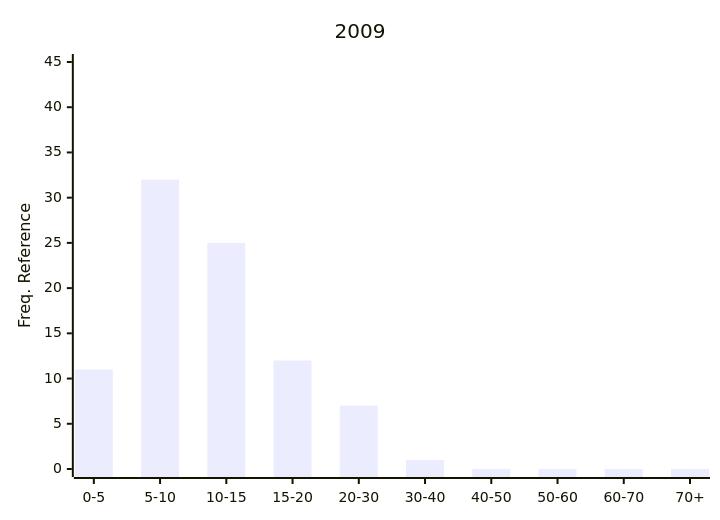
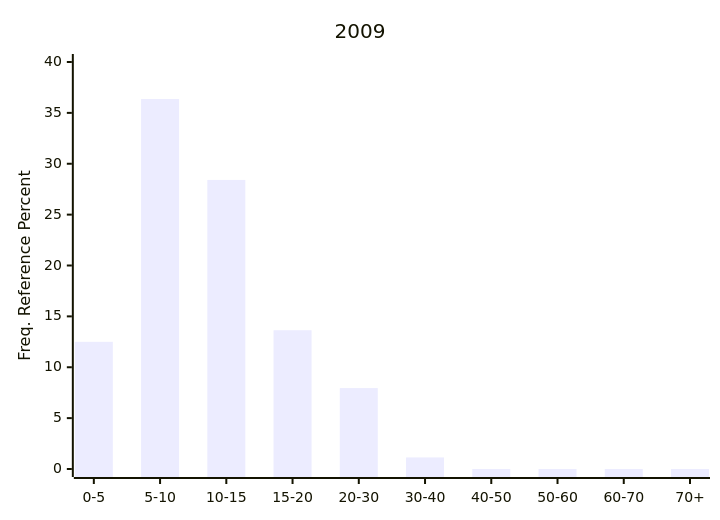
Before and after one commit to Nemus-Project/fair-nime-2026: diagram 12 of 28 in README.md, drawn with Mermaid. The commit also changed other lines of this file, not shown here.

````diff
--- a/README.md
+++ b/README.md
@@ -550,7 +551,7 @@
 ```mermaid
 xychart-beta
     title "2009"
     x-axis ["0-5", "5-10", "10-15", "15-20", "20-30", "30-40", "40-50", "50-60", "60-70", "70+"]
-    y-axis "Freq. Reference" 0 --> 45
-    bar [11, 32, 25, 12, 7, 1, 0, 0, 0, 0]
+    y-axis "Freq. Reference Percent" 0 --> 40
+    bar [12.5, 36.36363636363637, 28.40909090909091, 13.636363636363635, 7.954545454545454, 1.1363636363636365, 0.0, 0.0, 0.0, 0.0]
 ```    
````
